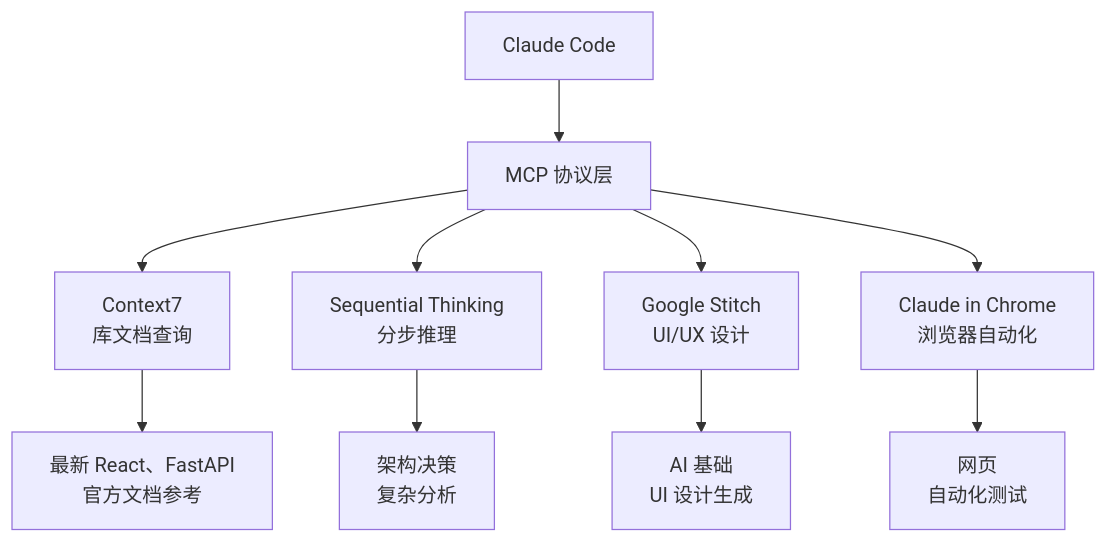
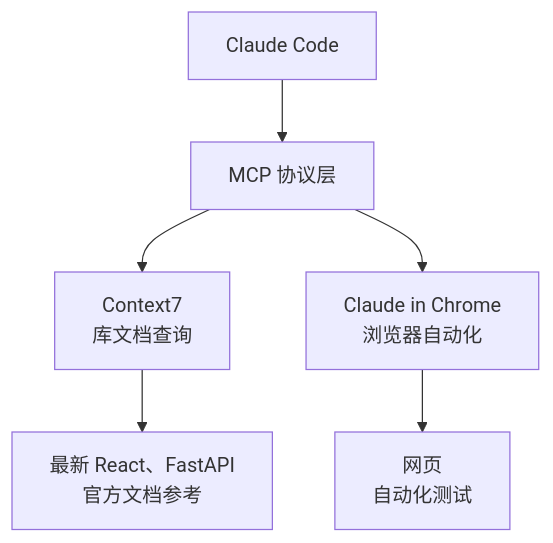
Before and after one commit to modu-ai/moai-adk: the diagram in docs-site/content/zh/advanced/mcp-servers.md, drawn with Mermaid. The commit also changed other lines of this file and 153 other files, not shown here.

````diff
--- a/docs-site/content/zh/advanced/mcp-servers.md
+++ b/docs-site/content/zh/advanced/mcp-servers.md
@@ -19,14 +19,10 @@
 ```mermaid
 flowchart TD
     CC["Claude Code"] --> MCP_LAYER["MCP 协议层"]
 
     MCP_LAYER --> C7["Context7<br>库文档查询"]
-    MCP_LAYER --> ST["Sequential Thinking<br>分步推理"]
-    MCP_LAYER --> STITCH["Google Stitch<br>UI/UX 设计"]
     MCP_LAYER --> CHROME["Claude in Chrome<br>浏览器自动化"]
 
     C7 --> C7_OUT["最新 React、FastAPI<br>官方文档参考"]
-    ST --> ST_OUT["架构决策<br>复杂分析"]
-    STITCH --> STITCH_OUT["AI 基础<br>UI 设计生成"]
     CHROME --> CHROME_OUT["网页<br>自动化测试"]
 ```
````
